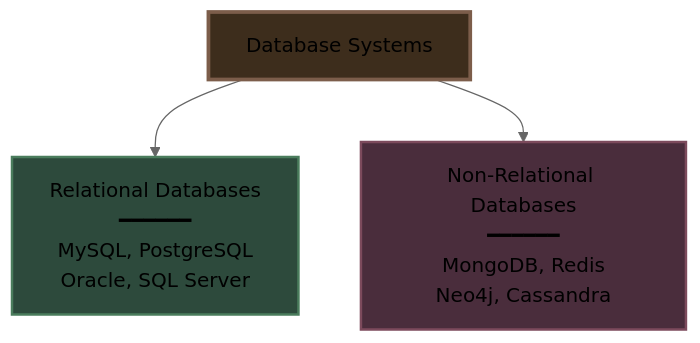
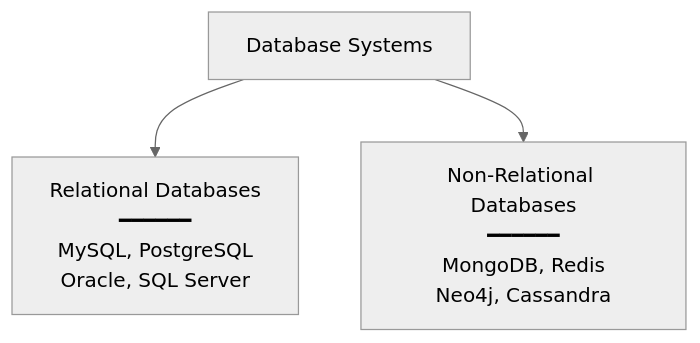
The first of 16 diagrams in system design beginner/9. Non-Relational Databases.md (Yash-Kavaiya/The-System-Design-Masterclass), drawn with Mermaid (neutral theme) before and after one commit. The commit also changed other lines of this file, not shown here.

````diff
--- a/system design beginner/9. Non-Relational Databases.md
+++ b/system design beginner/9. Non-Relational Databases.md
@@ -9,12 +9,8 @@
 ```mermaid
 graph TB
     DB[Database Systems]
     
     DB --> REL[Relational Databases<br/>━━━━━━<br/>MySQL, PostgreSQL<br/>Oracle, SQL Server]
     
     DB --> NOREL[Non-Relational Databases<br/>━━━━━━<br/>MongoDB, Redis<br/>Neo4j, Cassandra]
-    
-    style DB fill:#3d2d1c,stroke:#7c5d4a,stroke-width:3px
-    style REL fill:#2d4a3c,stroke:#4a7c5c,stroke-width:2px
-    style NOREL fill:#4a2d3c,stroke:#7c4a5c,stroke-width:2px
 ```
````
